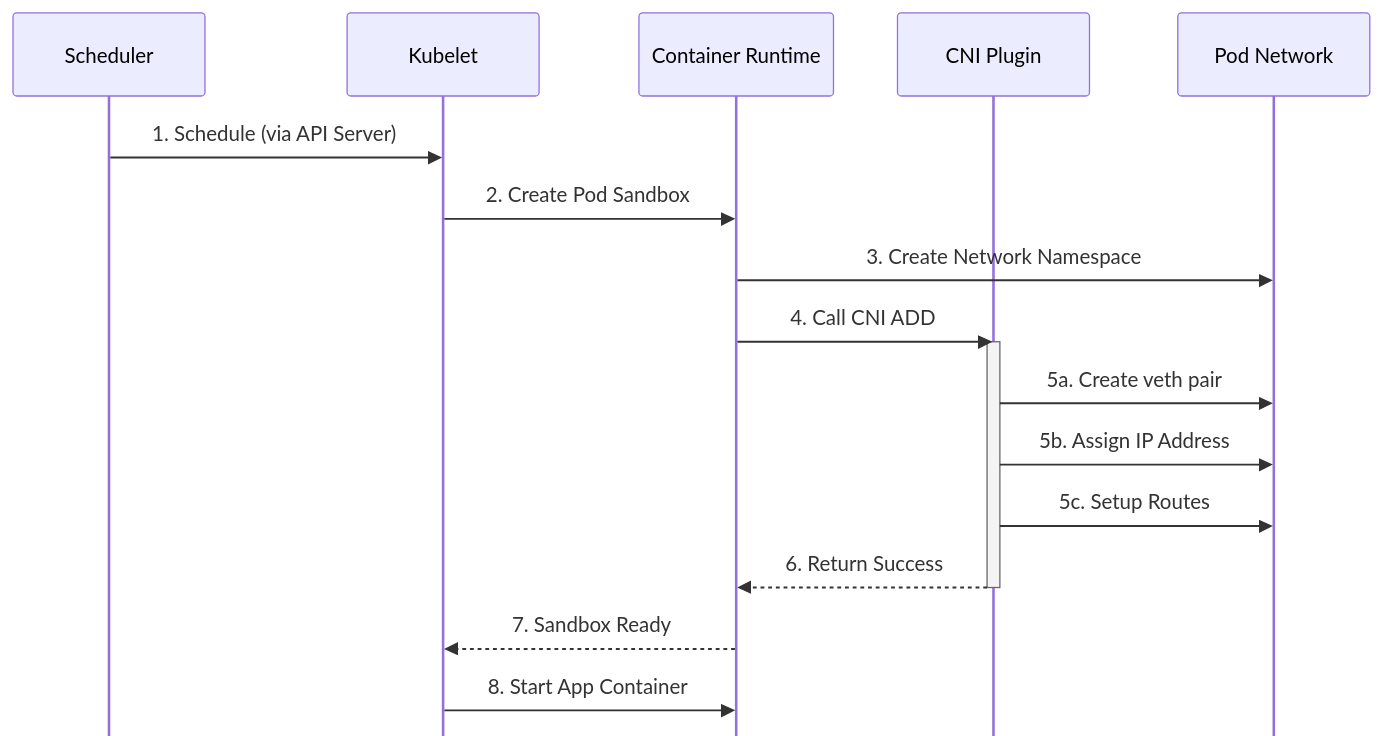
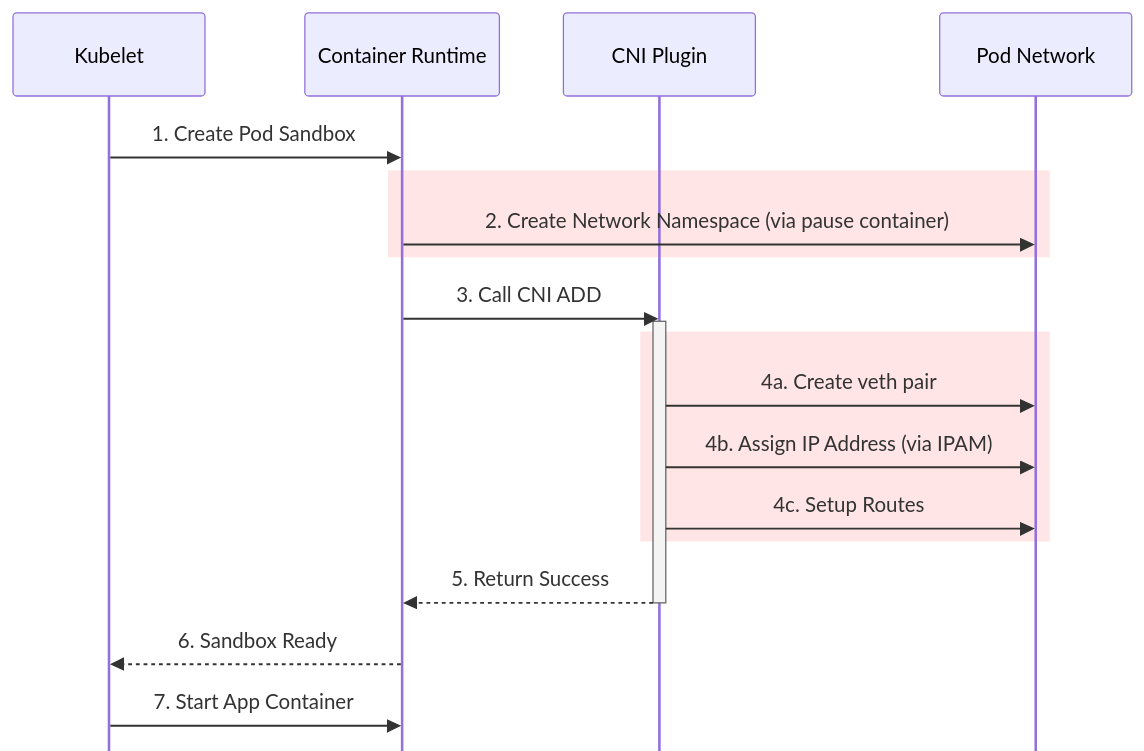
The fifth of 13 diagrams in _posts/2025-09-07-kubernetes-networking-series-part-2.md (SRodi/srodi.github.io), drawn with Mermaid before and after one commit. The commit also changed other lines of this file and 1 other file, not shown here.

````diff
--- a/_posts/2025-09-07-kubernetes-networking-series-part-2.md
+++ b/_posts/2025-09-07-kubernetes-networking-series-part-2.md
@@ -208,22 +209,24 @@
 ```mermaid
 %%{init: {'sequence': {'mirrorActors': false}}}%%
 sequenceDiagram
-    participant S as Scheduler
     participant K as Kubelet
     participant CR as Container Runtime
     participant C as CNI Plugin
     participant P as Pod Network
 
-    S->>K: 1. Schedule (via API Server)
-    K->>CR: 2. Create Pod Sandbox
-    CR->>P: 3. Create Network Namespace
-    CR->>C: 4. Call CNI ADD
+    K->>CR: 1. Create Pod Sandbox
+    rect rgba(255, 0, 0, 0.1)
+    CR->>P: 2. Create Network Namespace (via pause container)
+    end
+    CR->>C: 3. Call CNI ADD
     activate C
-    C->>P: 5a. Create veth pair
-    C->>P: 5b. Assign IP Address
-    C->>P: 5c. Setup Routes
-    C-->>CR: 6. Return Success
+    rect rgba(255, 0, 0, 0.1)
+    C->>P: 4a. Create veth pair
+    C->>P: 4b. Assign IP Address (via IPAM)
+    C->>P: 4c. Setup Routes
+    end
+    C-->>CR: 5. Return Success
     deactivate C
-    CR-->>K: 7. Sandbox Ready
-    K->>CR: 8. Start App Container
+    CR-->>K: 6. Sandbox Ready
+    K->>CR: 7. Start App Container
 ```
````
